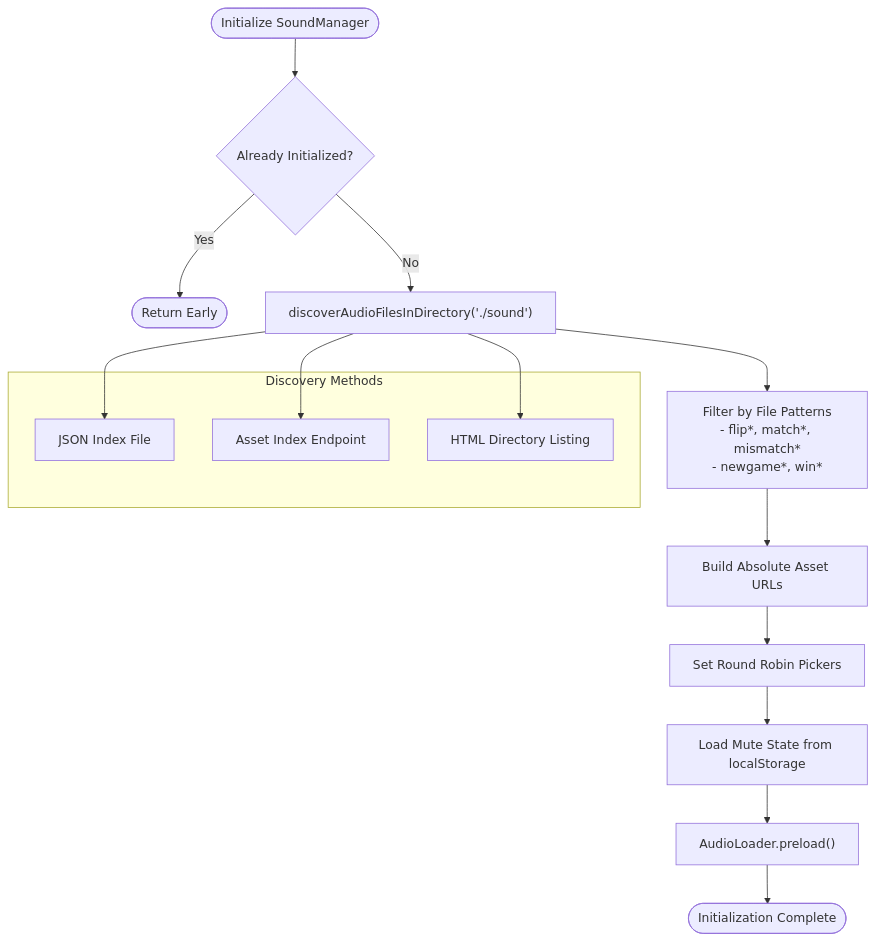
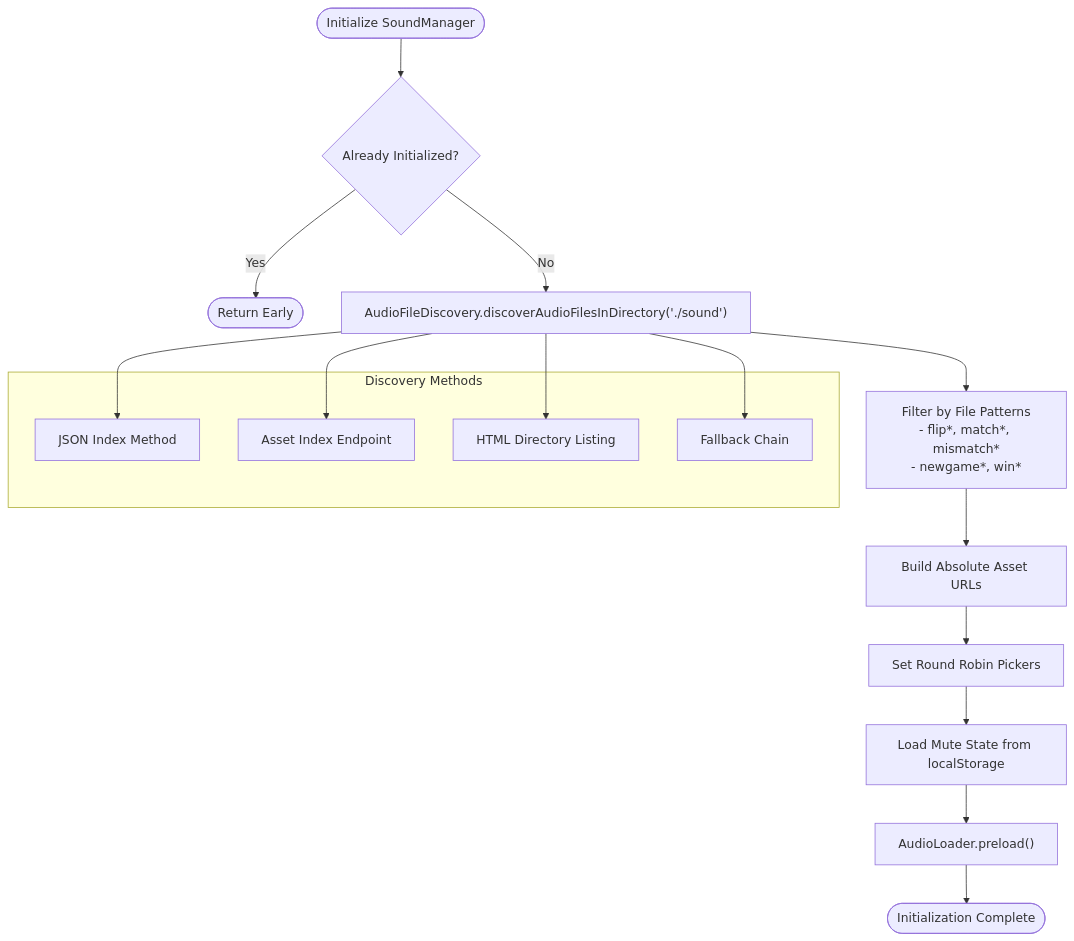
One commit to satyrlord/mb changed the third of 9 diagrams in .qoder/repowiki/en/content/Architecture Overview/Audio System Architecture/Sound Manager Component.md. Above: the diagram before and after it, drawn with Mermaid. The commit also changed other lines of this file and 11 other files, not shown here.

First line of the commit message:
docs(audio-file-discovery): add detailed module documentation

````diff
--- a/.qoder/repowiki/en/content/Architecture Overview/Audio System Architecture/Sound Manager Component.md
+++ b/.qoder/repowiki/en/content/Architecture Overview/Audio System Architecture/Sound Manager Component.md
@@ -129,20 +155,22 @@
 ```mermaid
 flowchart TD
 Start([Initialize SoundManager]) --> CheckInit{Already Initialized?}
 CheckInit --> |Yes| Return([Return Early])
-CheckInit --> |No| Discover["discoverAudioFilesInDirectory('./sound')"]
+CheckInit --> |No| Discover["AudioFileDiscovery.discoverAudioFilesInDirectory('./sound')"]
 Discover --> Filter["Filter by File Patterns<br/>- flip*, match*, mismatch*<br/>- newgame*, win*"]
 Filter --> BuildURLs["Build Absolute Asset URLs"]
 BuildURLs --> SetPickers["Set Round Robin Pickers"]
 SetPickers --> LoadMute["Load Mute State from localStorage"]
 LoadMute --> Preload["AudioLoader.preload()"]
 Preload --> Complete([Initialization Complete])
 subgraph "Discovery Methods"
-JSON["JSON Index File"]
+JSON["JSON Index Method"]
 Endpoint["Asset Index Endpoint"]
 HTML["HTML Directory Listing"]
+Fallback["Fallback Chain"]
 end
 Discover --> JSON
 Discover --> Endpoint
 Discover --> HTML
+Discover --> Fallback
 ```
````
